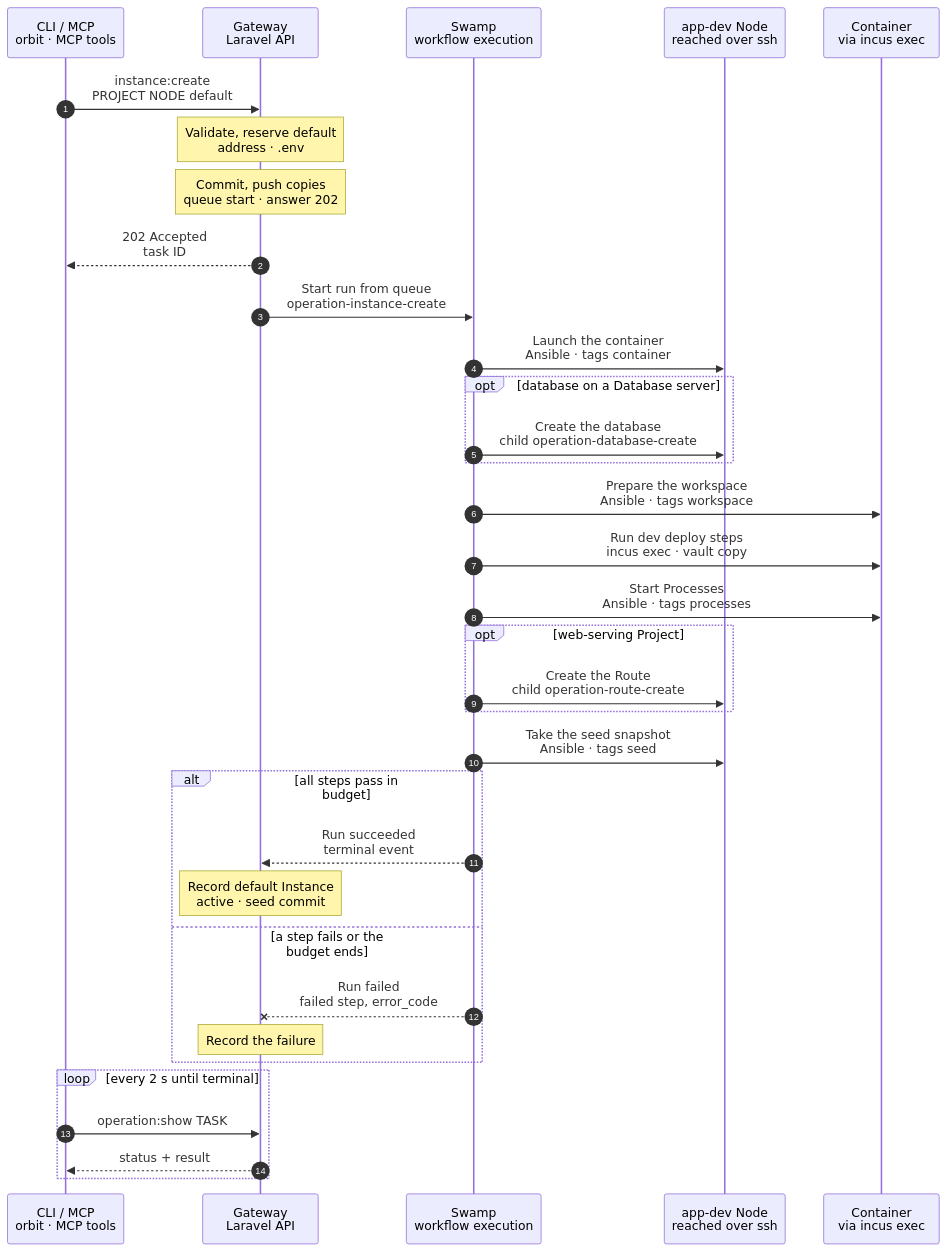
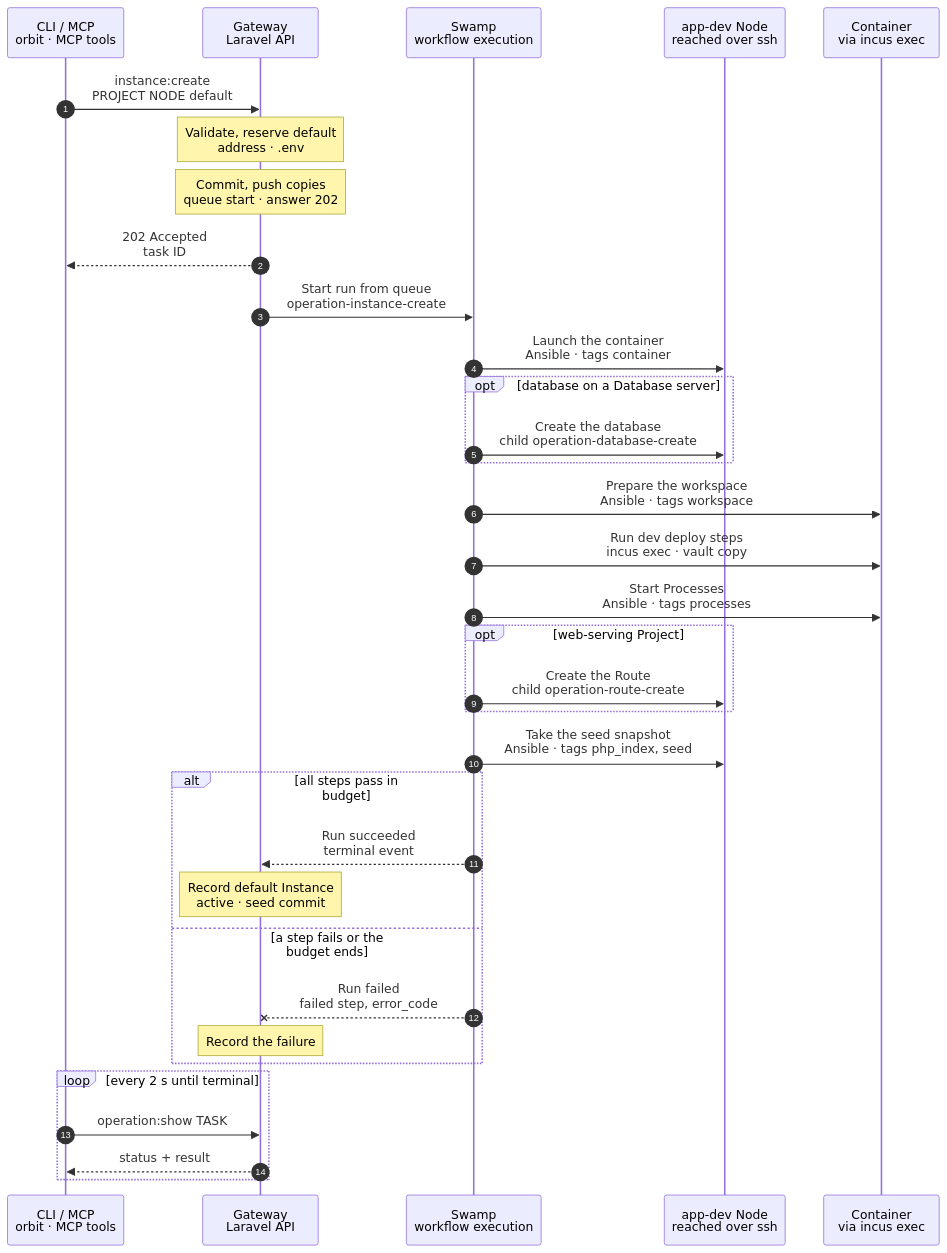
Before and after one commit to hardimpactdev/orbit: the diagram in docs/cli/instance/container/create-default.mmd, drawn with Mermaid. The commit also changed 24 other files, not shown here.

```diff
--- a/docs/cli/instance/container/create-default.mmd
+++ b/docs/cli/instance/container/create-default.mmd
@@ -1,100 +1,101 @@
 sequenceDiagram
   %% Target design, container runtime (ADR 0250 step 3, docs/reference/development-containers.md#the-default-instance): the Project's first default Instance on an app-dev Node, the only Instance built from scratch. It runs no T3; it is the clone source of the Project's other Instances. When the charts move into place, this becomes the first-default branch of container/create.mmd.
   %% status: draft
   %% command: instance:create PROJECT NODE default
   %% kind: instance.create
   autonumber
   %% lane CLI icon=terminal pill=caller tone=gray
   %% lane GW icon=gateway pill=intent tone=blue
   %% lane SW icon=workflow pill=executes tone=green
   %% lane N icon=server pill=target tone=amber
   %% lane C icon=server pill=target tone=purple
   participant CLI as CLI / MCP<br/>orbit · MCP tools
   participant GW as Gateway<br/>Laravel API
   participant SW as Swamp<br/>workflow execution
   participant N as app-dev Node<br/>reached over ssh
   participant C as Container<br/>via incus exec
   CLI->>GW: instance:create<br/>PROJECT NODE default
   %%> Command:
   %%> - `orbit instance:create PROJECT NODE default`
   %%> - a name equal to the Project's default branch also creates the `default` Instance
   Note over GW: Validate, reserve default<br/>address · .env
   %%> Requirements:
   %%> - the calling Node has node access to the target Node, an active `app-dev` Node
   %%> - every new default is a container, without a Node opt-in; a Project with nested_fleet on requires a Node that hosts nested fleets, else instance.nested_fleet_host_unavailable (409), and uses the nested-fleet image
   %%> - the Project has no default Instance anywhere in the fleet; its other Instances are made on this Node
   %%> - a web-serving Project names its PHP version, and the runtime folder holds that static PHP build
   %%> Result:
   %%> - the default Instance is reserved with its runtime record and Route; it gets no T3 port
   %%> - `.env` is rendered from the Project's env template; a repository read token goes to the vault
   %%> - a retained create retry records the Project's current development Processes in this admission transaction; changed definitions update their records, removed definitions remove theirs
   Note over GW: Commit, push copies<br/>queue start · answer 202
   GW-->>CLI: 202 Accepted<br/>task ID
   GW->>SW: Start run from queue<br/>operation-instance-create
   SW->>N: Launch the container<br/>Ansible · tags container
   %%> What it does:
   %%> - `incus init` from the Node's image `orbit-instance` with the reserved bridge address, then `incus start`; the project's profile gives `security.port_isolation` and the idmapped, read-only shared folders (unshifted on an Instance fleet Node)
   %%> - the NIC carries `orbitinst0-proxy` and the container's own ACL, which lets only the Node's Caddy reach port 8080; `orbitinst0-egress` stays on the bridge only
   %%> - the agent folder is mounted too, so its clones have it; nothing in the default runs from it
   %%> - right after the first start and the private names: the presented machine name in `/etc/hostname`, `/etc/machine-info` and the `127.0.1.1` line of `/etc/hosts` through the file API, then the kernel hostname at once with `hostname -F`, the one path that sets it live; nothing runs in the container yet
   %%> Nested fleet volume (a new nested-fleet default only; its runtime records `inner_volume`):
   %%> - before `incus init`: the custom volume `inner-<id>` on `orbit-instances` in the nested project, if absent: `zfs.block_mode=true`, `block.filesystem=btrfs`, `block.mount_options=user_subvol_rm_allowed,discard`, `security.shifted=true`, size 30GiB; Incus makes a sparse zvol and formats it btrfs
   %%> - before the first start: the disk device `inner-pool` at `/srv/inner-pool`; the start guard checks the device and the volume's keys
   %%> - after the start: the inner Incus gets the pool `inner`, `btrfs source=/srv/inner-pool/pool`, if absent
   %%> - a nested-fleet default without the record (the first one, made before the volume) keeps its directory pool; nothing here runs for it
   %%> - a nested-fleet default then gets its nested Gateway's Club key into /run by pipelined stdin, never on disk or in its seed
   %%> - the result's `nested_fleet_club_key` is what that write did (`written`, `written_serve_not_restarted`, `unchanged`, `refused`, `missing`), never what admission read
   %%> - fetches the default branch into the Node's mirror with the read token; the token stays on the Node
   %%> Mail:
   %%> - the same launch applies the exact SMTP path before the four root-owned mail units; no separate mail playbook or step
   %%> - two IPv4 loopback sockets forward 1025 and 2525; foreign units or listeners skip setup without stopping their Process
   %%> On mail failure:
   %%> - keep a mail warning and continue workspace, T3 and registration; mail:update remains the repair command
   opt database on a Database server
     SW->>N: Create the database<br/>child operation-database-create
     %%> What it does:
     %%> - the database family creates the owner and the database on the Project's database server, on this Node or another
     %%> - needs the container's database rule; without it the admission refuses `operation.kind_unavailable`
   end
   SW->>C: Prepare the workspace<br/>Ansible · tags workspace
   %%> What it does:
   %%> - pushes the default branch in as a bundle and checks it out in `/srv/workspace` as `agent`, the workspace's owner (ADR 0268), with the group, setgid bits and default ACLs
   %%> - writes `.env` for `orbit` with group `work`; writes no `/etc/orbit/instance`, so T3 never starts here
   SW->>C: Run dev deploy steps<br/>incus exec · vault copy
   %%> What it does:
   %%> - the Project's development deploy steps, as `agent` with `HOME=/home/agent` (ADR 0268), in list order: they install dependencies and migrate
   %%> - the runtime folder supplies `php`, `composer`, Node and Bun; dependency downloads use the container egress model
   %%> - stock images retain the shared read-only Node store; the result reports node_pin.status=not_prepared and reason=container_from_stock_image (pin not served); this advisory does not fail the Operation
   SW->>C: Start Processes<br/>Ansible · tags processes
   %%> What it does:
   %%> - FrankenPHP starts as the `orbit` unit `orbit-frankenphp.service` on port 8080 of the bridge address
   %%> - writes the shared FrankenPHP Caddyfile: only the Node's bridge peer with `X-Forwarded-Proto: https` sets PHP's HTTPS scheme, port and resolved client IP; other requests keep native values
   %%> - starts use nonblocking systemd jobs, then a bounded readiness check for each running unit; container Process units order after `network.target`
   %%> - the Project's development Processes start as `orbit-process-<id>-<name>.service` units, as `orbit`; each environment file comes from the vault, root only
   %%> - a Process whose desired state is stopped is installed, not started
   opt web-serving Project
     SW->>N: Create the Route<br/>child operation-route-create
   end
-  SW->>N: Take the seed snapshot<br/>Ansible · tags seed
+  SW->>N: Take the seed snapshot<br/>Ansible · tags php_index, seed
   %%> What it does:
+  %%> - one play runs the phases `php_index` and `seed`; `php_index` does work only for a Laravel default on an active app-dev Node: `agent` builds Phpactor's index at the application's folder, niced and within 600 s, which every clone copies with the seed (docs/reference/development-containers.md#php-symbol-index); a failed build fails the create with `instance.php_index_failed` before any seed, and the run's budget holds its 630 s
   %%> - stops the Processes for a moment and snapshots the container as `seed-<commit>`, which clones copy
   %%> - a default with an inner volume: also snapshots the volume as `seed-<commit>` while the Processes are stopped; the two snapshots of one name are the seed. Right before the volume's half, `sync -f /srv/inner-pool` as root in the container commits btrfs, so the snapshot holds the inner pool. A failed flush deletes the container half and fails with `instance.seed_volume_flush_failed`; a failed volume snapshot deletes both halves and fails with `instance.seed_volume_snapshot_failed`
   alt all steps pass in budget
     SW-->>GW: Run succeeded<br/>terminal event
     Note over GW: Record default Instance<br/>active · seed commit
     %%> Result:
     %%> - the default Instance is active and its container runs; the runtime records the seed commit
   else a step fails or the budget ends
     SW--xGW: Run failed<br/>failed step, error_code
     %%> What stays:
     %%> - the reservation, runtime, and any container, workspace, owned databases, test databases and role stay until the owner acts; default destroy is unavailable
     %%> - a refused retry removes none of them; stop and Route withdrawal are attempted; failed compensation leaves its step failed
     %%> - shared service endpoint records and rules may remain until endpoint lifecycle work is live
     %%> - failed and cancelled creates, including cancellation before work starts, report retained_for_retry and the same create command with a new idempotency key; default destroy stays unavailable
     %%> - an inactive Project Process adds recovery.retry.requires=project_process_definition; fix or remove its definition before retry
     Note over GW: Record the failure
   end
   loop every 2 s until terminal
     CLI->>GW: operation:show TASK
     GW-->>CLI: status + result
   end
```
